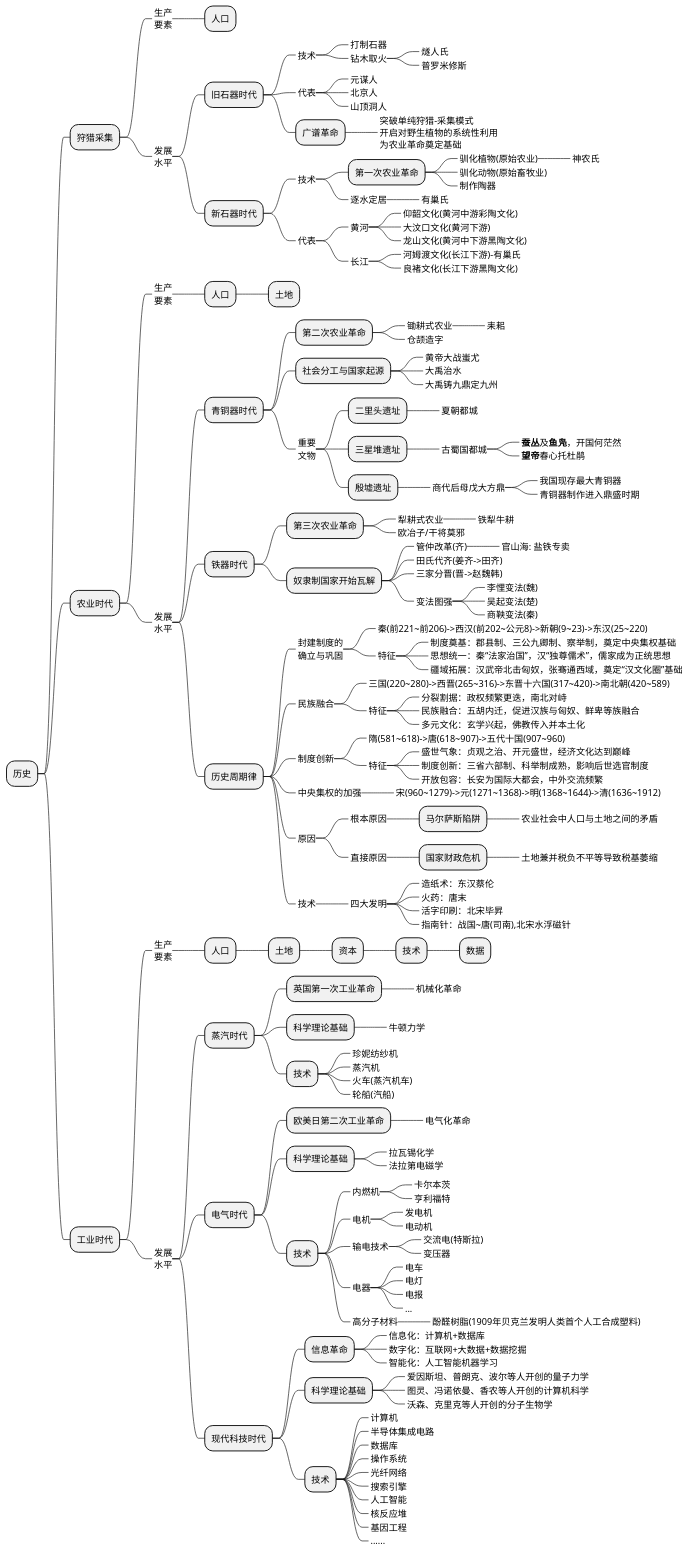
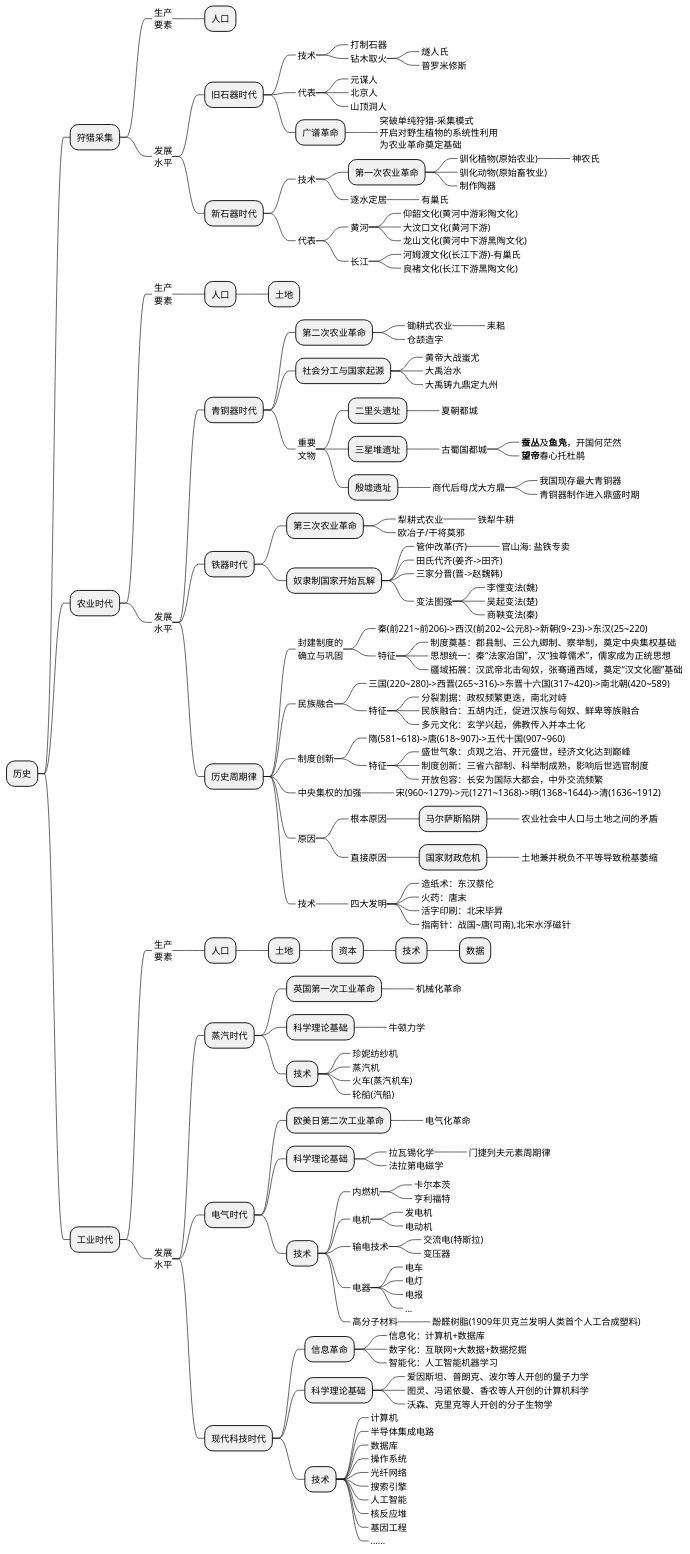
One commit to holmofy/blog.hufeifei.cn changed the first of 2 diagrams in source/_posts/economic/economic_and_history.md. Above: the diagram before and after it, drawn with PlantUML.

```diff
--- a/source/_posts/economic/economic_and_history.md
+++ b/source/_posts/economic/economic_and_history.md
@@ -149,6 +149,7 @@
 ++++++_ 电气化革命
 +++++ 科学理论基础
 ++++++_ 拉瓦锡化学
++++++++_ 门捷列夫元素周期律
 ++++++_ 法拉第电磁学
 +++++ 技术
 ++++++_ 内燃机
```
